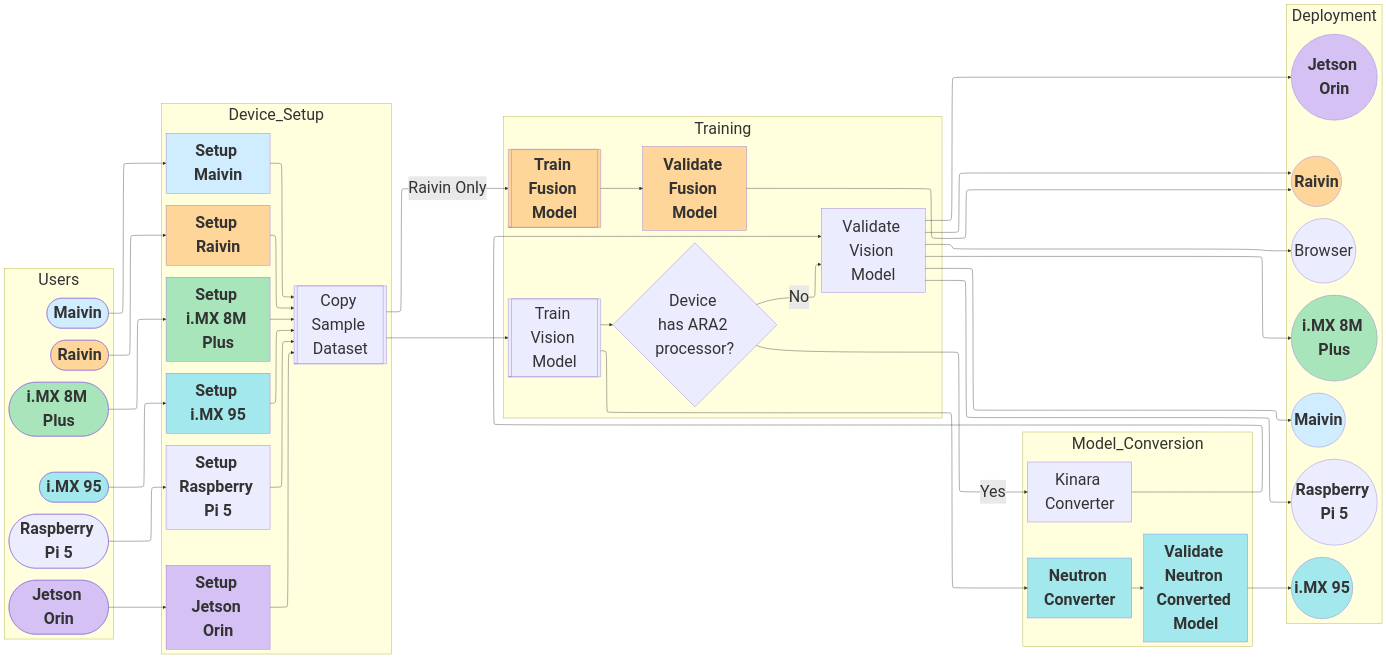
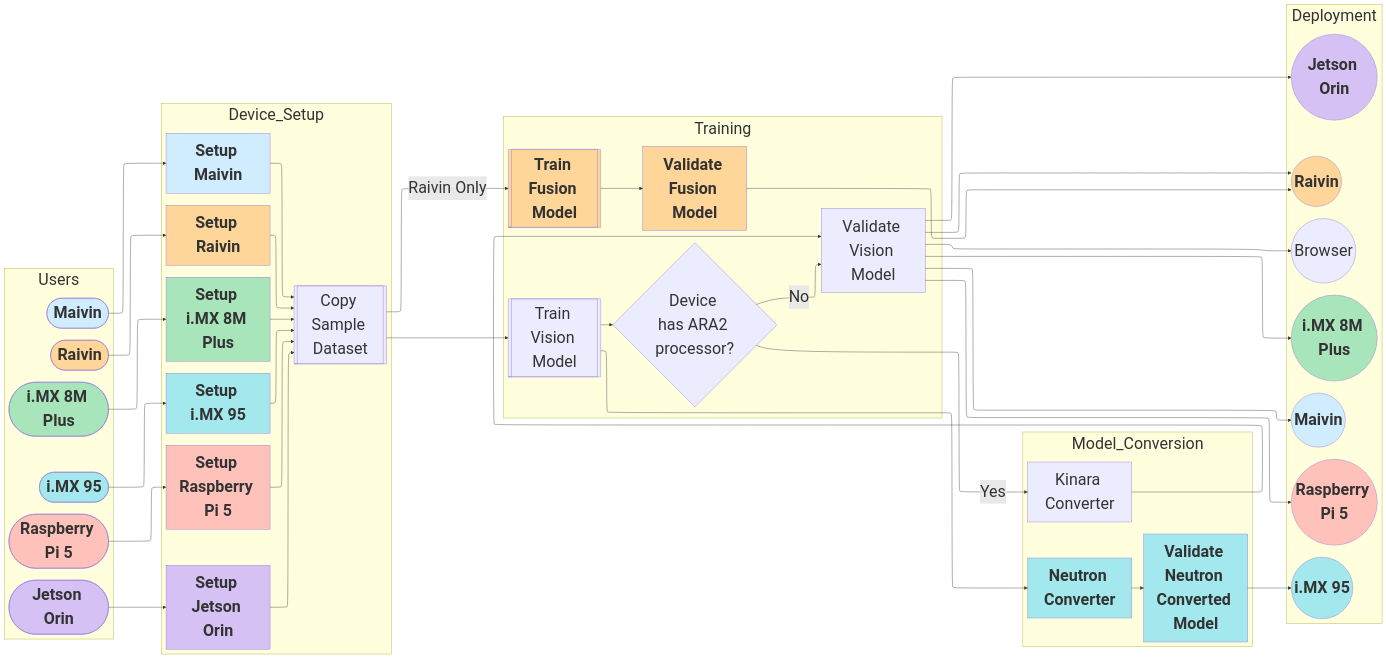
One commit to EdgeFirstAI/documentation changed the diagram in docs/platforms/index.md. Above: the diagram before and after it, drawn with Mermaid. The commit also changed 2 other files, not shown here.

Commit message:
EDGEAI-1111: Fix error hex color code in the mermaid diagrams to fill:#ffc2bb.

```diff
--- a/docs/platforms/index.md
+++ b/docs/platforms/index.md
@@ -36,7 +36,7 @@
     classDef orange fill:#ffd699,font-weight:bold; 
     classDef green fill:#a9e5bb,font-weight:bold; 
     classDef purple fill:#d6c1f5,font-weight:bold; 
-    classDef coral fill:#ffc2b,font-weight:bold; 
+    classDef coral fill:#ffc2bb,font-weight:bold; 
     classDef all fill:#f0e6f5,font-weight:bold;
     classDef invisible fill:transparent,stroke:transparent;
 
```
